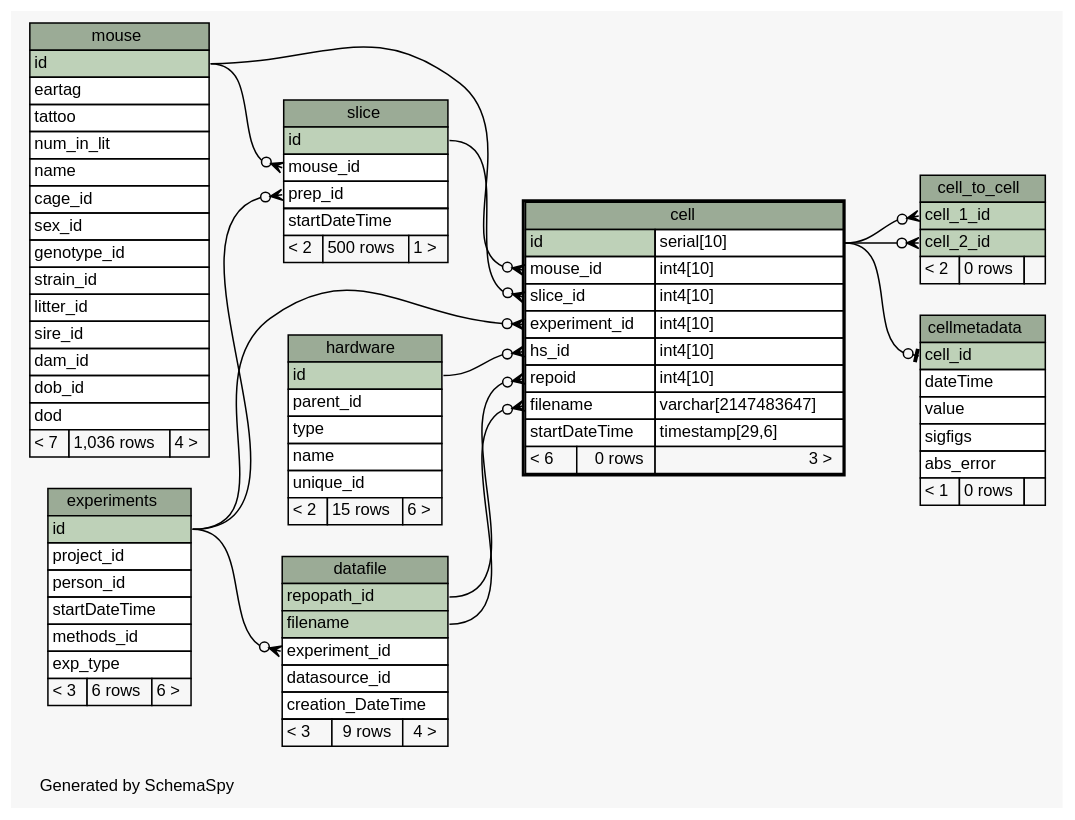
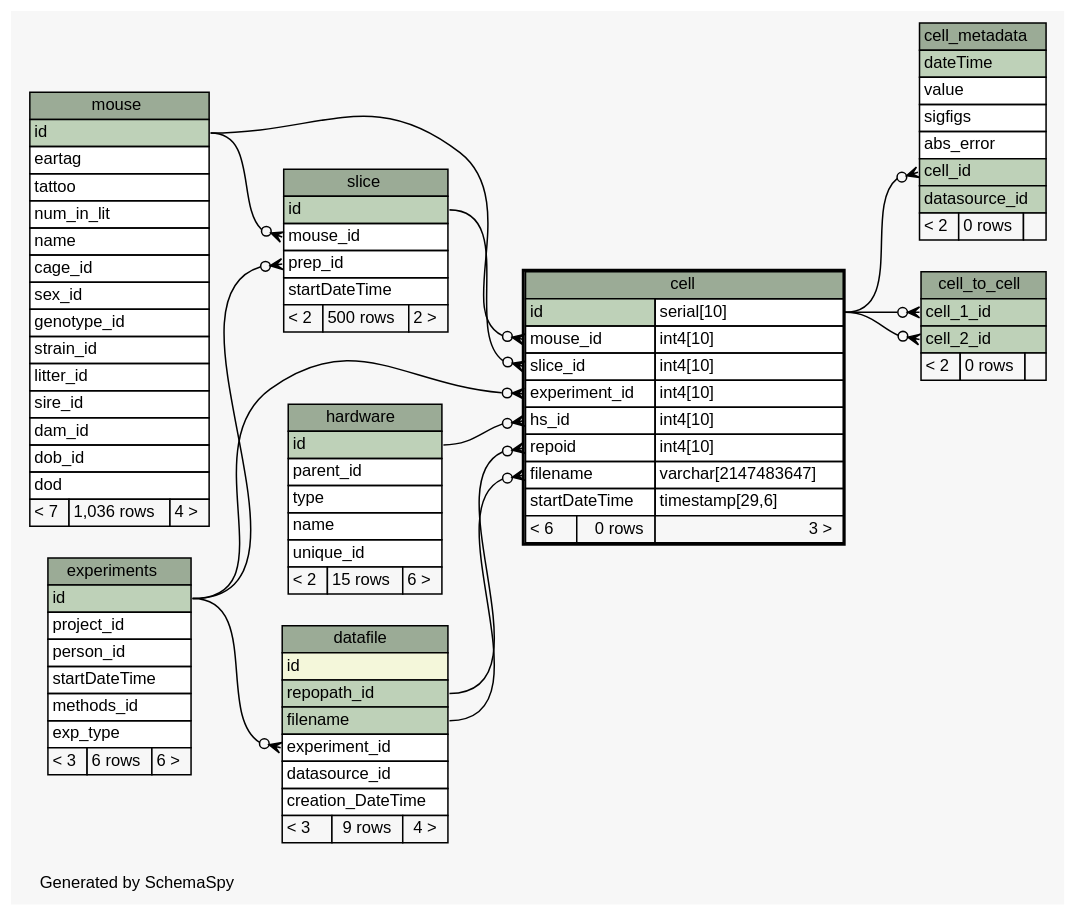
The diagram in database/ss/diagrams/cell.1degree.dot (tgbugs/mlab), drawn with Graphviz before and after one commit. The commit also changed 153 other files, not shown here.

```diff
--- a/database/ss/diagrams/cell.1degree.dot
+++ b/database/ss/diagrams/cell.1degree.dot
@@ -1,155 +1,157 @@
 // dot 2.32.0 on Windows 7 6.1
 // SchemaSpy rev 590
 digraph "oneDegreeRelationshipsDiagram" {
   graph [
     rankdir="RL"
     bgcolor="#f7f7f7"
     label="\nGenerated by SchemaSpy"
     labeljust="l"
     nodesep="0.18"
     ranksep="0.46"
     fontname="Helvetica"
     fontsize="11"
   ];
   node [
     fontname="Helvetica"
     fontsize="11"
     shape="plaintext"
   ];
   edge [
     arrowsize="0.8"
   ];
   "cell":"experiment_id":w -> "experiments":"id":e [arrowhead=none dir=back arrowtail=crowodot];
   "cell":"filename":w -> "datafile":"filename":e [arrowhead=none dir=back arrowtail=crowodot];
   "cell":"hs_id":w -> "hardware":"id":e [arrowhead=none dir=back arrowtail=crowodot];
   "cell":"mouse_id":w -> "mouse":"id":e [arrowhead=none dir=back arrowtail=crowodot];
   "cell":"repoid":w -> "datafile":"repopath_id":e [arrowhead=none dir=back arrowtail=crowodot];
   "cell":"slice_id":w -> "slice":"id":e [arrowhead=none dir=back arrowtail=crowodot];
+  "cell_metadata":"cell_id":w -> "cell":"id.type":e [arrowhead=none dir=back arrowtail=crowodot];
   "cell_to_cell":"cell_1_id":w -> "cell":"id.type":e [arrowhead=none dir=back arrowtail=crowodot];
   "cell_to_cell":"cell_2_id":w -> "cell":"id.type":e [arrowhead=none dir=back arrowtail=crowodot];
-  "cellmetadata":"cell_id":w -> "cell":"id.type":e [arrowhead=none dir=back arrowtail=teeodot];
   "datafile":"experiment_id":w -> "experiments":"id":e [arrowhead=none dir=back arrowtail=crowodot];
   "slice":"mouse_id":w -> "mouse":"id":e [arrowhead=none dir=back arrowtail=crowodot];
   "slice":"prep_id":w -> "experiments":"id":e [arrowhead=none dir=back arrowtail=crowodot];
   "cell" [
     label=<
     <TABLE BORDER="2" CELLBORDER="1" CELLSPACING="0" BGCOLOR="#ffffff">
       <TR><TD COLSPAN="3" BGCOLOR="#9bab96" ALIGN="CENTER">cell</TD></TR>
       <TR><TD PORT="id" COLSPAN="2" BGCOLOR="#bed1b8" ALIGN="LEFT">id</TD><TD PORT="id.type" ALIGN="LEFT">serial[10]</TD></TR>
       <TR><TD PORT="mouse_id" COLSPAN="2" ALIGN="LEFT">mouse_id</TD><TD PORT="mouse_id.type" ALIGN="LEFT">int4[10]</TD></TR>
       <TR><TD PORT="slice_id" COLSPAN="2" ALIGN="LEFT">slice_id</TD><TD PORT="slice_id.type" ALIGN="LEFT">int4[10]</TD></TR>
       <TR><TD PORT="experiment_id" COLSPAN="2" ALIGN="LEFT">experiment_id</TD><TD PORT="experiment_id.type" ALIGN="LEFT">int4[10]</TD></TR>
       <TR><TD PORT="hs_id" COLSPAN="2" ALIGN="LEFT">hs_id</TD><TD PORT="hs_id.type" ALIGN="LEFT">int4[10]</TD></TR>
       <TR><TD PORT="repoid" COLSPAN="2" ALIGN="LEFT">repoid</TD><TD PORT="repoid.type" ALIGN="LEFT">int4[10]</TD></TR>
       <TR><TD PORT="filename" COLSPAN="2" ALIGN="LEFT">filename</TD><TD PORT="filename.type" ALIGN="LEFT">varchar[2147483647]</TD></TR>
       <TR><TD PORT="startDateTime" COLSPAN="2" ALIGN="LEFT">startDateTime</TD><TD PORT="startDateTime.type" ALIGN="LEFT">timestamp[29,6]</TD></TR>
       <TR><TD ALIGN="LEFT" BGCOLOR="#f7f7f7">&lt; 6</TD><TD ALIGN="RIGHT" BGCOLOR="#f7f7f7">0 rows</TD><TD ALIGN="RIGHT" BGCOLOR="#f7f7f7">3 &gt;</TD></TR>
     </TABLE>>
     URL="cell.html"
     tooltip="cell"
   ];
+  "cell_metadata" [
+    label=<
+    <TABLE BORDER="0" CELLBORDER="1" CELLSPACING="0" BGCOLOR="#ffffff">
+      <TR><TD COLSPAN="3" BGCOLOR="#9bab96" ALIGN="CENTER">cell_metadata</TD></TR>
+      <TR><TD PORT="dateTime" COLSPAN="3" BGCOLOR="#bed1b8" ALIGN="LEFT">dateTime</TD></TR>
+      <TR><TD PORT="value" COLSPAN="3" ALIGN="LEFT">value</TD></TR>
+      <TR><TD PORT="sigfigs" COLSPAN="3" ALIGN="LEFT">sigfigs</TD></TR>
+      <TR><TD PORT="abs_error" COLSPAN="3" ALIGN="LEFT">abs_error</TD></TR>
+      <TR><TD PORT="cell_id" COLSPAN="3" BGCOLOR="#bed1b8" ALIGN="LEFT">cell_id</TD></TR>
+      <TR><TD PORT="datasource_id" COLSPAN="3" BGCOLOR="#bed1b8" ALIGN="LEFT">datasource_id</TD></TR>
+      <TR><TD ALIGN="LEFT" BGCOLOR="#f7f7f7">&lt; 2</TD><TD ALIGN="RIGHT" BGCOLOR="#f7f7f7">0 rows</TD><TD ALIGN="RIGHT" BGCOLOR="#f7f7f7">  </TD></TR>
+    </TABLE>>
+    URL="cell_metadata.html"
+    tooltip="cell_metadata"
+  ];
   "cell_to_cell" [
     label=<
     <TABLE BORDER="0" CELLBORDER="1" CELLSPACING="0" BGCOLOR="#ffffff">
       <TR><TD COLSPAN="3" BGCOLOR="#9bab96" ALIGN="CENTER">cell_to_cell</TD></TR>
       <TR><TD PORT="cell_1_id" COLSPAN="3" BGCOLOR="#bed1b8" ALIGN="LEFT">cell_1_id</TD></TR>
       <TR><TD PORT="cell_2_id" COLSPAN="3" BGCOLOR="#bed1b8" ALIGN="LEFT">cell_2_id</TD></TR>
       <TR><TD ALIGN="LEFT" BGCOLOR="#f7f7f7">&lt; 2</TD><TD ALIGN="RIGHT" BGCOLOR="#f7f7f7">0 rows</TD><TD ALIGN="RIGHT" BGCOLOR="#f7f7f7">  </TD></TR>
     </TABLE>>
     URL="cell_to_cell.html"
     tooltip="cell_to_cell"
   ];
-  "cellmetadata" [
-    label=<
-    <TABLE BORDER="0" CELLBORDER="1" CELLSPACING="0" BGCOLOR="#ffffff">
-      <TR><TD COLSPAN="3" BGCOLOR="#9bab96" ALIGN="CENTER">cellmetadata</TD></TR>
-      <TR><TD PORT="cell_id" COLSPAN="3" BGCOLOR="#bed1b8" ALIGN="LEFT">cell_id</TD></TR>
-      <TR><TD PORT="dateTime" COLSPAN="3" ALIGN="LEFT">dateTime</TD></TR>
-      <TR><TD PORT="value" COLSPAN="3" ALIGN="LEFT">value</TD></TR>
-      <TR><TD PORT="sigfigs" COLSPAN="3" ALIGN="LEFT">sigfigs</TD></TR>
-      <TR><TD PORT="abs_error" COLSPAN="3" ALIGN="LEFT">abs_error</TD></TR>
-      <TR><TD ALIGN="LEFT" BGCOLOR="#f7f7f7">&lt; 1</TD><TD ALIGN="RIGHT" BGCOLOR="#f7f7f7">0 rows</TD><TD ALIGN="RIGHT" BGCOLOR="#f7f7f7">  </TD></TR>
-    </TABLE>>
-    URL="cellmetadata.html"
-    tooltip="cellmetadata"
-  ];
   "datafile" [
     label=<
     <TABLE BORDER="0" CELLBORDER="1" CELLSPACING="0" BGCOLOR="#ffffff">
       <TR><TD COLSPAN="3" BGCOLOR="#9bab96" ALIGN="CENTER">datafile</TD></TR>
+      <TR><TD PORT="id" COLSPAN="3" BGCOLOR="#f4f7da" ALIGN="LEFT">id</TD></TR>
       <TR><TD PORT="repopath_id" COLSPAN="3" BGCOLOR="#bed1b8" ALIGN="LEFT">repopath_id</TD></TR>
       <TR><TD PORT="filename" COLSPAN="3" BGCOLOR="#bed1b8" ALIGN="LEFT">filename</TD></TR>
       <TR><TD PORT="experiment_id" COLSPAN="3" ALIGN="LEFT">experiment_id</TD></TR>
       <TR><TD PORT="datasource_id" COLSPAN="3" ALIGN="LEFT">datasource_id</TD></TR>
       <TR><TD PORT="creation_DateTime" COLSPAN="3" ALIGN="LEFT">creation_DateTime</TD></TR>
       <TR><TD ALIGN="LEFT" BGCOLOR="#f7f7f7">&lt; 3</TD><TD ALIGN="RIGHT" BGCOLOR="#f7f7f7">9 rows</TD><TD ALIGN="RIGHT" BGCOLOR="#f7f7f7">4 &gt;</TD></TR>
     </TABLE>>
     URL="datafile.html"
     tooltip="datafile"
   ];
   "experiments" [
     label=<
     <TABLE BORDER="0" CELLBORDER="1" CELLSPACING="0" BGCOLOR="#ffffff">
       <TR><TD COLSPAN="3" BGCOLOR="#9bab96" ALIGN="CENTER">experiments</TD></TR>
       <TR><TD PORT="id" COLSPAN="3" BGCOLOR="#bed1b8" ALIGN="LEFT">id</TD></TR>
       <TR><TD PORT="project_id" COLSPAN="3" ALIGN="LEFT">project_id</TD></TR>
       <TR><TD PORT="person_id" COLSPAN="3" ALIGN="LEFT">person_id</TD></TR>
       <TR><TD PORT="startDateTime" COLSPAN="3" ALIGN="LEFT">startDateTime</TD></TR>
       <TR><TD PORT="methods_id" COLSPAN="3" ALIGN="LEFT">methods_id</TD></TR>
       <TR><TD PORT="exp_type" COLSPAN="3" ALIGN="LEFT">exp_type</TD></TR>
       <TR><TD ALIGN="LEFT" BGCOLOR="#f7f7f7">&lt; 3</TD><TD ALIGN="RIGHT" BGCOLOR="#f7f7f7">6 rows</TD><TD ALIGN="RIGHT" BGCOLOR="#f7f7f7">6 &gt;</TD></TR>
     </TABLE>>
     URL="experiments.html"
     tooltip="experiments"
   ];
   "hardware" [
     label=<
     <TABLE BORDER="0" CELLBORDER="1" CELLSPACING="0" BGCOLOR="#ffffff">
       <TR><TD COLSPAN="3" BGCOLOR="#9bab96" ALIGN="CENTER">hardware</TD></TR>
       <TR><TD PORT="id" COLSPAN="3" BGCOLOR="#bed1b8" ALIGN="LEFT">id</TD></TR>
       <TR><TD PORT="parent_id" COLSPAN="3" ALIGN="LEFT">parent_id</TD></TR>
       <TR><TD PORT="type" COLSPAN="3" ALIGN="LEFT">type</TD></TR>
       <TR><TD PORT="name" COLSPAN="3" ALIGN="LEFT">name</TD></TR>
       <TR><TD PORT="unique_id" COLSPAN="3" ALIGN="LEFT">unique_id</TD></TR>
       <TR><TD ALIGN="LEFT" BGCOLOR="#f7f7f7">&lt; 2</TD><TD ALIGN="RIGHT" BGCOLOR="#f7f7f7">15 rows</TD><TD ALIGN="RIGHT" BGCOLOR="#f7f7f7">6 &gt;</TD></TR>
     </TABLE>>
     URL="hardware.html"
     tooltip="hardware"
   ];
   "mouse" [
     label=<
     <TABLE BORDER="0" CELLBORDER="1" CELLSPACING="0" BGCOLOR="#ffffff">
       <TR><TD COLSPAN="3" BGCOLOR="#9bab96" ALIGN="CENTER">mouse</TD></TR>
       <TR><TD PORT="id" COLSPAN="3" BGCOLOR="#bed1b8" ALIGN="LEFT">id</TD></TR>
       <TR><TD PORT="eartag" COLSPAN="3" ALIGN="LEFT">eartag</TD></TR>
       <TR><TD PORT="tattoo" COLSPAN="3" ALIGN="LEFT">tattoo</TD></TR>
       <TR><TD PORT="num_in_lit" COLSPAN="3" ALIGN="LEFT">num_in_lit</TD></TR>
       <TR><TD PORT="name" COLSPAN="3" ALIGN="LEFT">name</TD></TR>
       <TR><TD PORT="cage_id" COLSPAN="3" ALIGN="LEFT">cage_id</TD></TR>
       <TR><TD PORT="sex_id" COLSPAN="3" ALIGN="LEFT">sex_id</TD></TR>
       <TR><TD PORT="genotype_id" COLSPAN="3" ALIGN="LEFT">genotype_id</TD></TR>
       <TR><TD PORT="strain_id" COLSPAN="3" ALIGN="LEFT">strain_id</TD></TR>
       <TR><TD PORT="litter_id" COLSPAN="3" ALIGN="LEFT">litter_id</TD></TR>
       <TR><TD PORT="sire_id" COLSPAN="3" ALIGN="LEFT">sire_id</TD></TR>
       <TR><TD PORT="dam_id" COLSPAN="3" ALIGN="LEFT">dam_id</TD></TR>
       <TR><TD PORT="dob_id" COLSPAN="3" ALIGN="LEFT">dob_id</TD></TR>
       <TR><TD PORT="dod" COLSPAN="3" ALIGN="LEFT">dod</TD></TR>
       <TR><TD ALIGN="LEFT" BGCOLOR="#f7f7f7">&lt; 7</TD><TD ALIGN="RIGHT" BGCOLOR="#f7f7f7">1,036 rows</TD><TD ALIGN="RIGHT" BGCOLOR="#f7f7f7">4 &gt;</TD></TR>
     </TABLE>>
     URL="mouse.html"
     tooltip="mouse"
   ];
   "slice" [
     label=<
     <TABLE BORDER="0" CELLBORDER="1" CELLSPACING="0" BGCOLOR="#ffffff">
       <TR><TD COLSPAN="3" BGCOLOR="#9bab96" ALIGN="CENTER">slice</TD></TR>
       <TR><TD PORT="id" COLSPAN="3" BGCOLOR="#bed1b8" ALIGN="LEFT">id</TD></TR>
       <TR><TD PORT="mouse_id" COLSPAN="3" ALIGN="LEFT">mouse_id</TD></TR>
       <TR><TD PORT="prep_id" COLSPAN="3" ALIGN="LEFT">prep_id</TD></TR>
       <TR><TD PORT="startDateTime" COLSPAN="3" ALIGN="LEFT">startDateTime</TD></TR>
-      <TR><TD ALIGN="LEFT" BGCOLOR="#f7f7f7">&lt; 2</TD><TD ALIGN="RIGHT" BGCOLOR="#f7f7f7">500 rows</TD><TD ALIGN="RIGHT" BGCOLOR="#f7f7f7">1 &gt;</TD></TR>
+      <TR><TD ALIGN="LEFT" BGCOLOR="#f7f7f7">&lt; 2</TD><TD ALIGN="RIGHT" BGCOLOR="#f7f7f7">500 rows</TD><TD ALIGN="RIGHT" BGCOLOR="#f7f7f7">2 &gt;</TD></TR>
     </TABLE>>
     URL="slice.html"
     tooltip="slice"
   ];
 }
```
